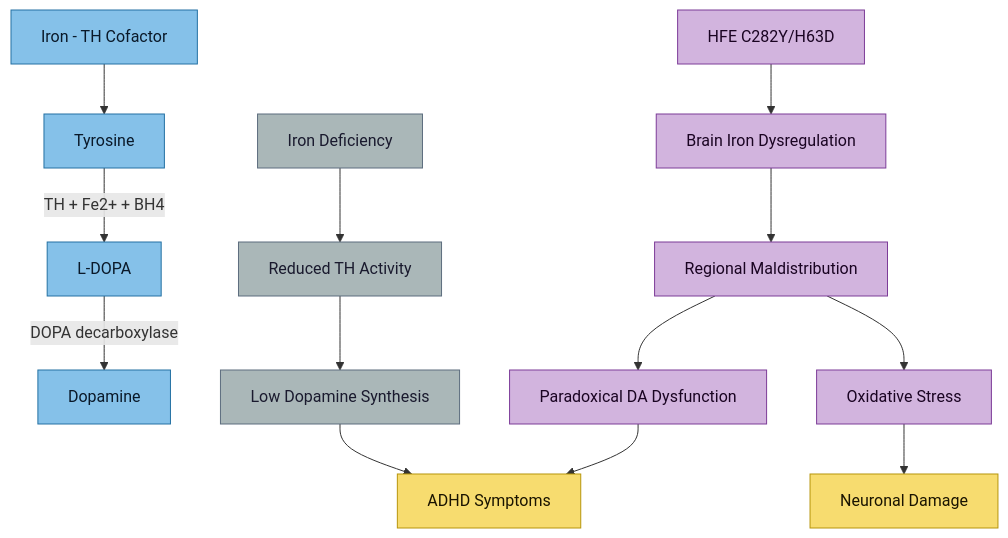
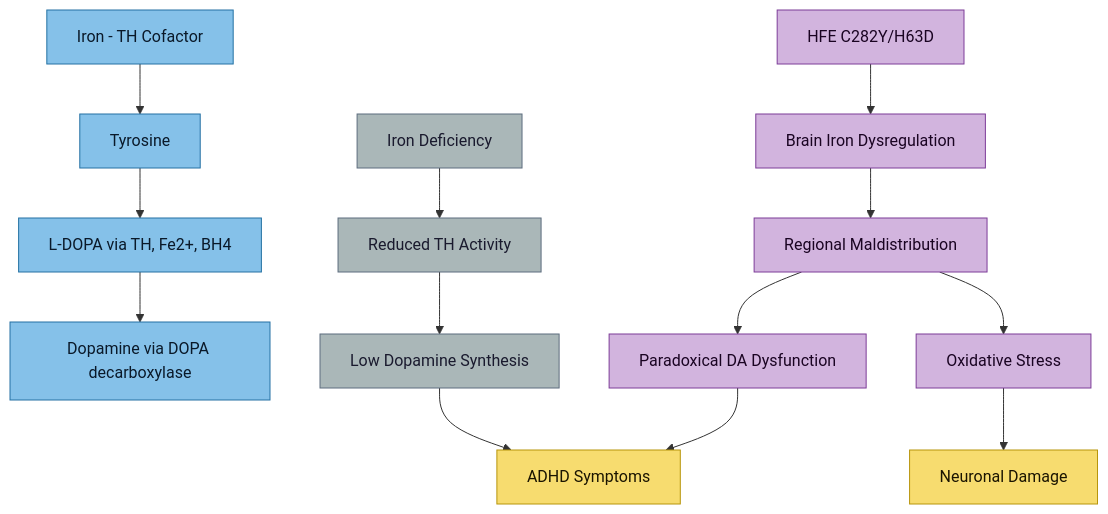
The diagram in src/site/notes/neurodevelopment/Iron-Dopamine-ADHD Axis.md (Aegis-commits/ag-hfe-adhd-asd-research), drawn with Mermaid before and after one commit. The commit also changed 14 other files, not shown here.

````diff
--- a/src/site/notes/neurodevelopment/Iron-Dopamine-ADHD Axis.md
+++ b/src/site/notes/neurodevelopment/Iron-Dopamine-ADHD Axis.md
@@ -13,29 +13,29 @@
 ```mermaid
 flowchart TD
-    A[Tyrosine] -->|TH + Fe2+ + BH4| B[L-DOPA]
-    B -->|DOPA decarboxylase| C[Dopamine]
+    A[Tyrosine] --> B[L-DOPA via TH, Fe2+, BH4]
+    B --> C[Dopamine via DOPA decarboxylase]
     D[Iron - TH Cofactor] --> A
 
     E[HFE C282Y/H63D] --> F[Brain Iron Dysregulation]
     F --> G[Regional Maldistribution]
     G --> H[Paradoxical DA Dysfunction]
     H --> I[ADHD Symptoms]
 
     J[Iron Deficiency] --> K[Reduced TH Activity]
     K --> L[Low Dopamine Synthesis]
     L --> I
 
     G --> M[Oxidative Stress]
     M --> N[Neuronal Damage]
 
     classDef pathway fill:#85c1e9,stroke:#2471a3,color:#0a1929
     classDef hfe fill:#d2b4de,stroke:#7d3c98,color:#1a0422
     classDef outcome fill:#f7dc6f,stroke:#b7950b,color:#1a1400
     classDef deficit fill:#aab7b8,stroke:#5d6d7e,color:#1a1a2e
 
     class A,B,C,D pathway
     class E,F,G,H hfe
     class I,N outcome
     class J,K,L deficit
     class M hfe
 ```
````
